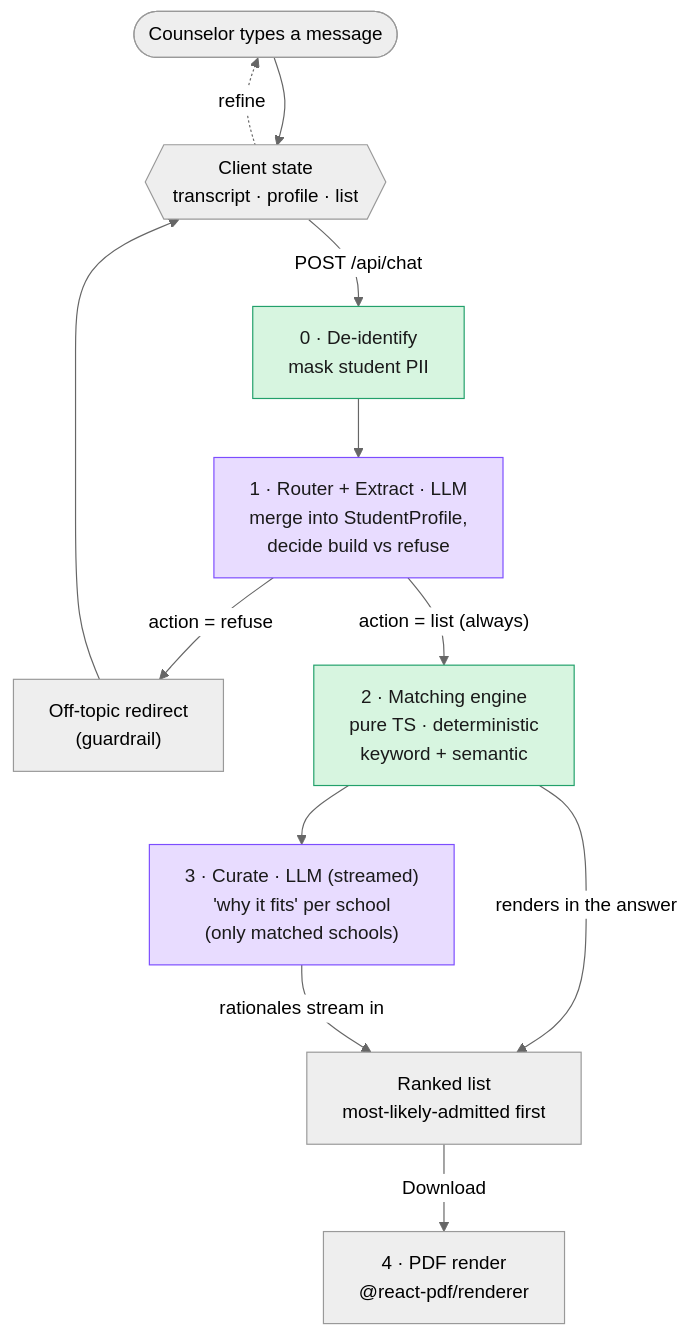
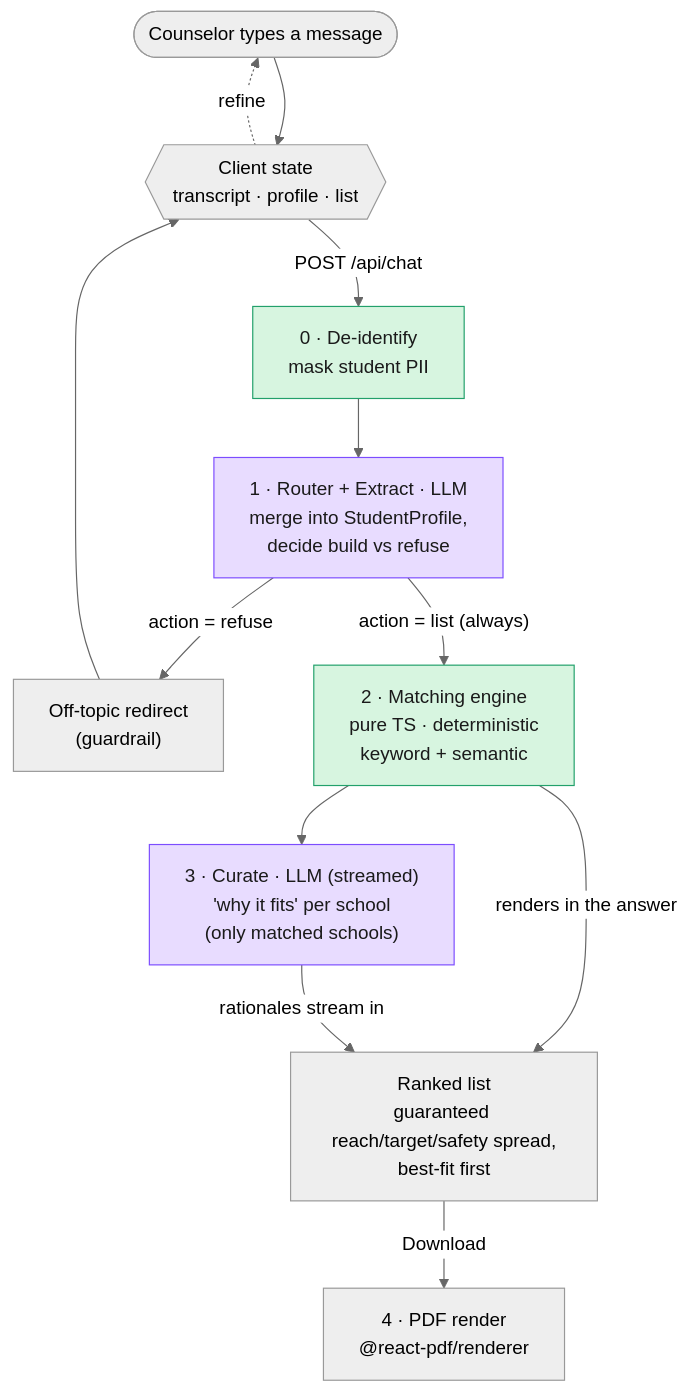
Before and after one commit to syldysnya/college-list-builder: the first of 3 diagrams in docs/architecture.md, drawn with Mermaid (neutral theme). The commit also changed other lines of this file, not shown here.

Commit message:
docs: document the selectivity-spread ranking

````diff
--- a/docs/architecture.md
+++ b/docs/architecture.md
@@ -13,20 +13,20 @@
 ```mermaid
 flowchart TD
     U([Counselor types a message]) --> C{{"Client state<br/>transcript · profile · list"}}
     C -->|"POST /api/chat"| D["0 · De-identify<br/>mask student PII"]
     D --> R["1 · Router + Extract · LLM<br/>merge into StudentProfile,<br/>decide build vs refuse"]
     R -->|"action = refuse"| Q["Off-topic redirect<br/>(guardrail)"]
     Q --> C
     R -->|"action = list (always)"| M["2 · Matching engine<br/>pure TS · deterministic<br/>keyword + semantic"]
-    M -->|"renders in the answer"| P["Ranked list<br/>most-likely-admitted first"]
+    M -->|"renders in the answer"| P["Ranked list<br/>guaranteed reach/target/safety spread,<br/>best-fit first"]
     M --> CU["3 · Curate · LLM (streamed)<br/>'why it fits' per school<br/>(only matched schools)"]
     CU -->|"rationales stream in"| P
     P -->|"Download"| PDF["4 · PDF render<br/>@react-pdf/renderer"]
 
     C -.refine.-> U
 
     classDef llm fill:#e8dcff,stroke:#7c4dff,color:#1a1a1a;
     classDef pure fill:#d7f5e0,stroke:#22a06b,color:#1a1a1a;
     class R,CU llm;
     class M,D pure;
 ```
````
